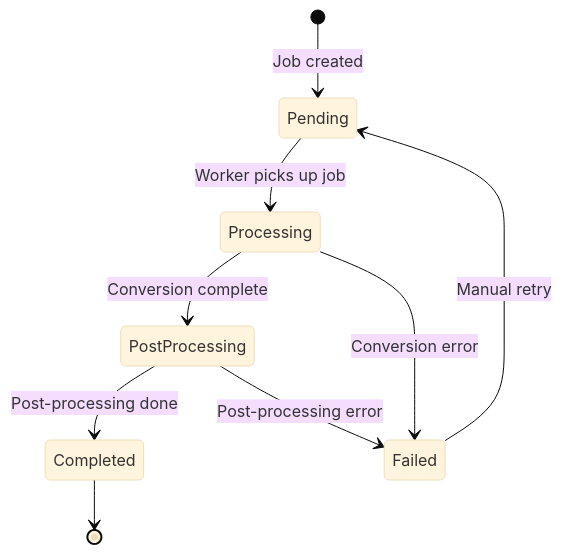
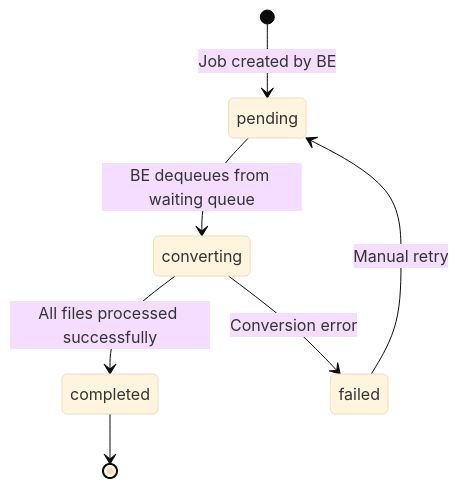
The second of 3 diagrams in docs/srs/integrations/fr-document-converter.md (b-knowledge-solution/b-knowledge), drawn with Mermaid (base theme) before and after one commit. The commit also changed other lines of this file and 17 other files, not shown here.

````diff
--- a/docs/srs/integrations/fr-document-converter.md
+++ b/docs/srs/integrations/fr-document-converter.md
@@ -81,11 +92,9 @@
 ```mermaid
 stateDiagram-v2
-    [*] --> Pending : Job created
-    Pending --> Processing : Worker picks up job
-    Processing --> PostProcessing : Conversion complete
-    PostProcessing --> Completed : Post-processing done
-    Processing --> Failed : Conversion error
-    PostProcessing --> Failed : Post-processing error
-    Failed --> Pending : Manual retry
-    Completed --> [*]
+    [*] --> pending : Job created by BE
+    pending --> converting : BE dequeues from waiting queue
+    converting --> completed : All files processed successfully
+    converting --> failed : Conversion error
+    failed --> pending : Manual retry
+    completed --> [*]
 ```
````
